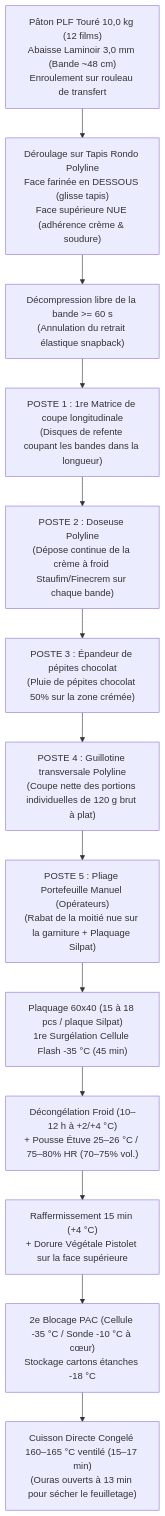
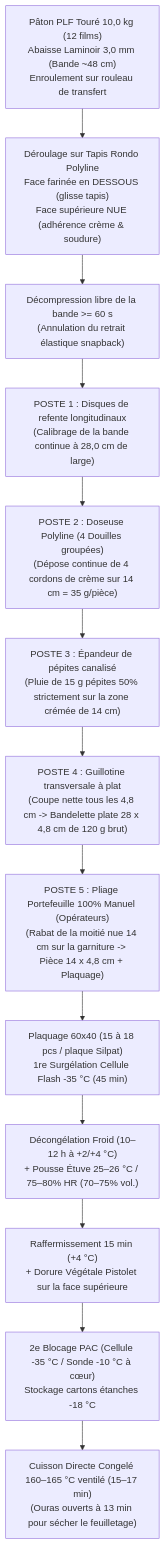
One commit to jri561/laboratoire-tourage-boulangerie changed the diagram in recettes/catalogue/pain-suisse-chocolatine-pac.md. Above: the diagram before and after it, drawn with Mermaid. The commit also changed other lines of this file, not shown here.

Commit message:
feat(pain-suisse): formalisation du flux réel bande 28cm, coupe plate 4.8cm et pliage manuel

````diff
--- a/recettes/catalogue/pain-suisse-chocolatine-pac.md
+++ b/recettes/catalogue/pain-suisse-chocolatine-pac.md
@@ -75,16 +75,16 @@
 ```mermaid
 flowchart TD
     A["Pâton PLF Touré 10,0 kg (12 films)\nAbaisse Laminoir 3,0 mm (Bande ~48 cm)\nEnroulement sur rouleau de transfert"] 
     --> B["Déroulage sur Tapis Rondo Polyline\nFace farinée en DESSOUS (glisse tapis)\nFace supérieure NUE (adhérence crème & soudure)"]
     --> C["Décompression libre de la bande >= 60 s\n(Annulation du retrait élastique snapback)"]
-    --> D["POSTE 1 : 1re Matrice de coupe longitudinale\n(Disques de refente coupant les bandes dans la longueur)"]
-    --> E["POSTE 2 : Doseuse Polyline\n(Dépose continue de la crème à froid Staufim/Finecrem sur chaque bande)"]
-    --> F["POSTE 3 : Épandeur de pépites chocolat\n(Pluie de pépites chocolat 50% sur la zone crémée)"]
-    --> G["POSTE 4 : Guillotine transversale Polyline\n(Coupe nette des portions individuelles de 120 g brut à plat)"]
-    --> H["POSTE 5 : Pliage Portefeuille Manuel (Opérateurs)\n(Rabat de la moitié nue sur la garniture + Plaquage Silpat)"]
+    --> D["POSTE 1 : Disques de refente longitudinaux\n(Calibrage de la bande continue à 28,0 cm de large)"]
+    --> E["POSTE 2 : Doseuse Polyline (4 Douilles groupées)\n(Dépose continue de 4 cordons de crème sur 14 cm = 35 g/pièce)"]
+    --> F["POSTE 3 : Épandeur de pépites canalisé\n(Pluie de 15 g pépites 50% strictement sur la zone crémée de 14 cm)"]
+    --> G["POSTE 4 : Guillotine transversale à plat\n(Coupe nette tous les 4,8 cm -> Bandelette plate 28 x 4,8 cm de 120 g brut)"]
+    --> H["POSTE 5 : Pliage Portefeuille 100% Manuel (Opérateurs)\n(Rabat de la moitié nue 14 cm sur la garniture -> Pièce 14 x 4,8 cm + Plaquage)"]
     --> I["Plaquage 60x40 (15 à 18 pcs / plaque Silpat)\n1re Surgélation Cellule Flash -35 °C (45 min)"]
     --> J["Décongélation Froid (10–12 h à +2/+4 °C)\n+ Pousse Étuve 25–26 °C / 75–80% HR (70–75% vol.)"]
     --> K["Raffermissement 15 min (+4 °C)\n+ Dorure Végétale Pistolet sur la face supérieure"]
     --> L["2e Blocage PAC (Cellule -35 °C / Sonde -10 °C à cœur)\nStockage cartons étanches -18 °C"]
     --> M["Cuisson Directe Congelé 160–165 °C ventilé (15–17 min)\n(Ouras ouverts à 13 min pour sécher le feuilletage)"]
 ```
````
